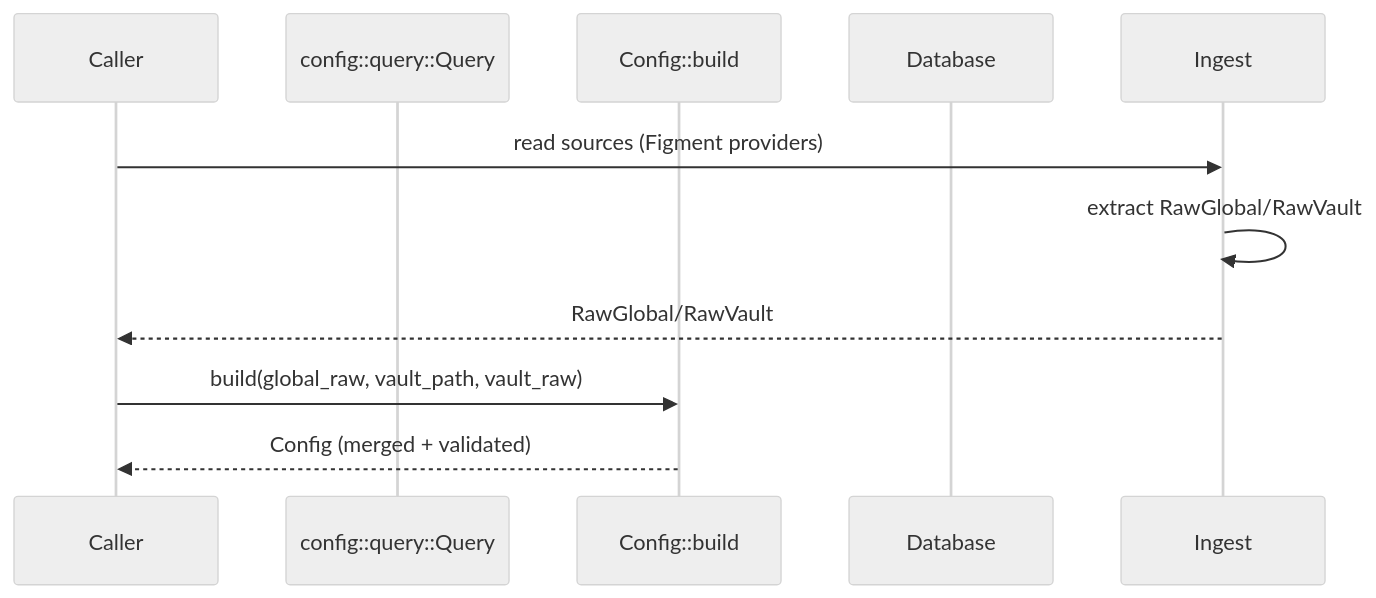
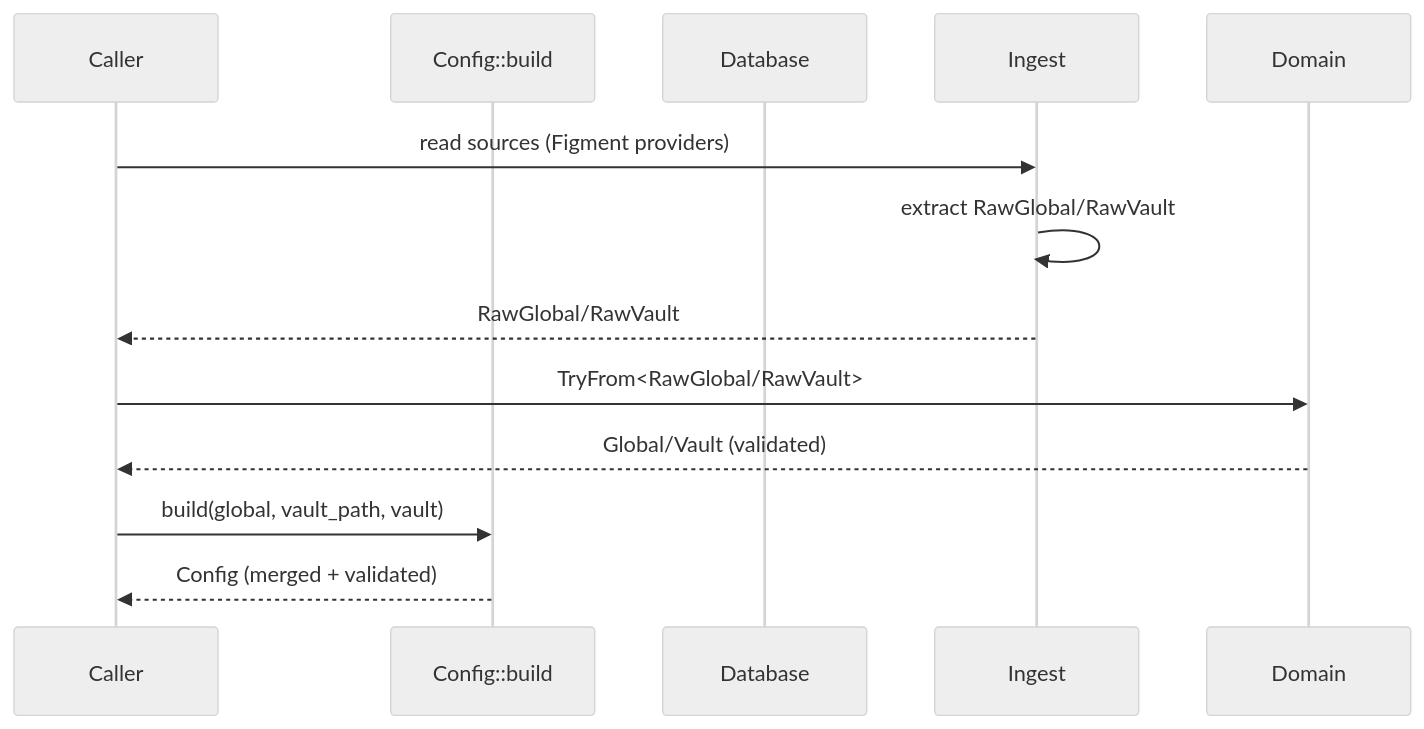
Before and after one commit to JackMatanky/lithos: the second of 2 diagrams in docs/design/001-config-models.md, drawn with Mermaid (neutral theme). The commit also changed other lines of this file and 2 other files, not shown here.

Commit message:
docs(design): align config specs with ingest boundary

````diff
--- a/docs/design/001-config-models.md
+++ b/docs/design/001-config-models.md
@@ -318,14 +331,16 @@
 ```mermaid
 sequenceDiagram
   participant Caller
-  participant Q as config::query::Query
   participant Agg as Config::build
   participant DB as Database
 
   Caller->>Ingest: read sources (Figment providers)
   Ingest->>Ingest: extract RawGlobal/RawVault
   Ingest-->>Caller: RawGlobal/RawVault
 
-  Caller->>Agg: build(global_raw, vault_path, vault_raw)
+  Caller->>Domain: TryFrom<RawGlobal/RawVault>
+  Domain-->>Caller: Global/Vault (validated)
+
+  Caller->>Agg: build(global, vault_path, vault)
   Agg-->>Caller: Config (merged + validated)
 ```
````
